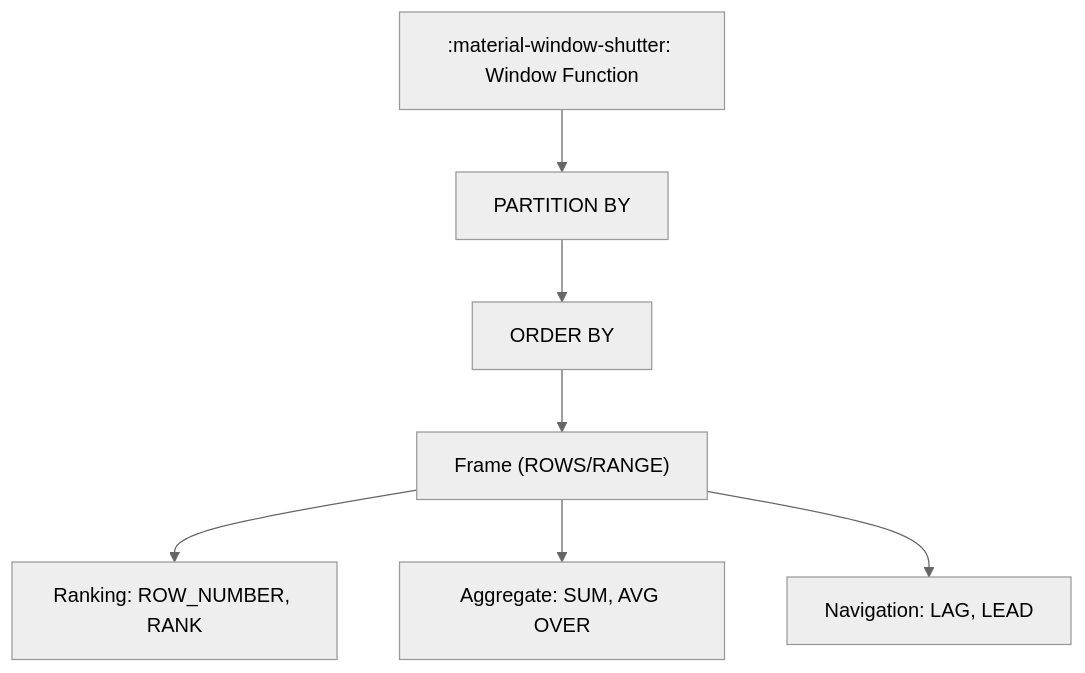
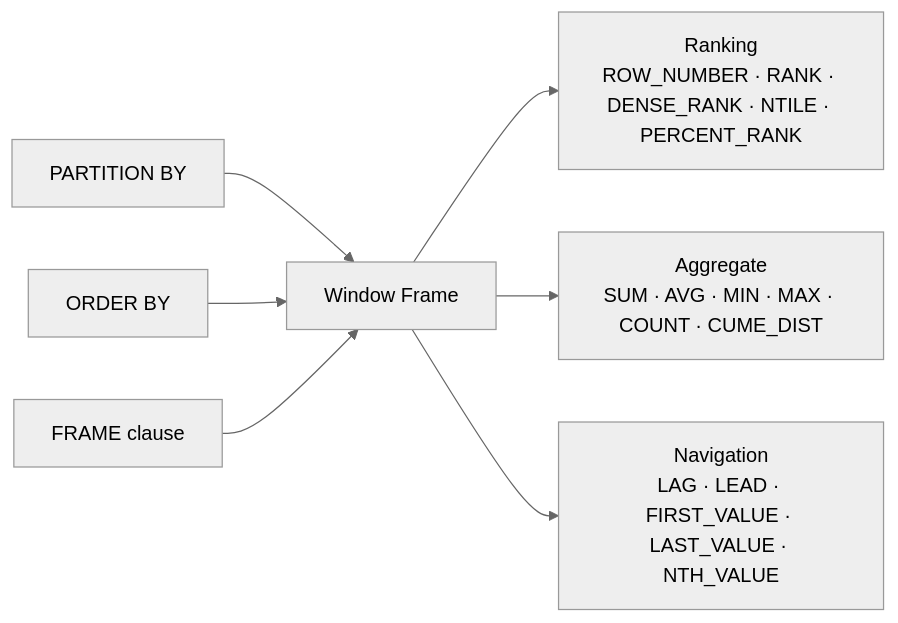
One commit to mahfooziiitian/spark-batch changed the diagram in spark-sql/docs/window/index.md. Above: the diagram before and after it, drawn with Mermaid (neutral theme). The commit also changed other lines of this file and 312 other files, not shown here.

````diff
--- a/spark-sql/docs/window/index.md
+++ b/spark-sql/docs/window/index.md
@@ -8,9 +9,9 @@
 ```mermaid
-graph TD
-    A[":material-window-shutter: Window Function"] --> B["PARTITION BY"]
-    B --> C["ORDER BY"]
-    C --> D["Frame (ROWS/RANGE)"]
-    D --> E["Ranking: ROW_NUMBER, RANK"]
-    D --> F["Aggregate: SUM, AVG OVER"]
-    D --> G["Navigation: LAG, LEAD"]
+graph LR
+    A[PARTITION BY] --> F[Window Frame]
+    B[ORDER BY] --> F
+    C[FRAME clause] --> F
+    F --> R[Ranking\nROW_NUMBER · RANK · DENSE_RANK · NTILE · PERCENT_RANK]
+    F --> G[Aggregate\nSUM · AVG · MIN · MAX · COUNT · CUME_DIST]
+    F --> N[Navigation\nLAG · LEAD · FIRST_VALUE · LAST_VALUE · NTH_VALUE]
 ```
````
